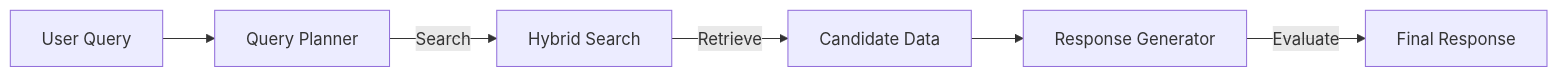
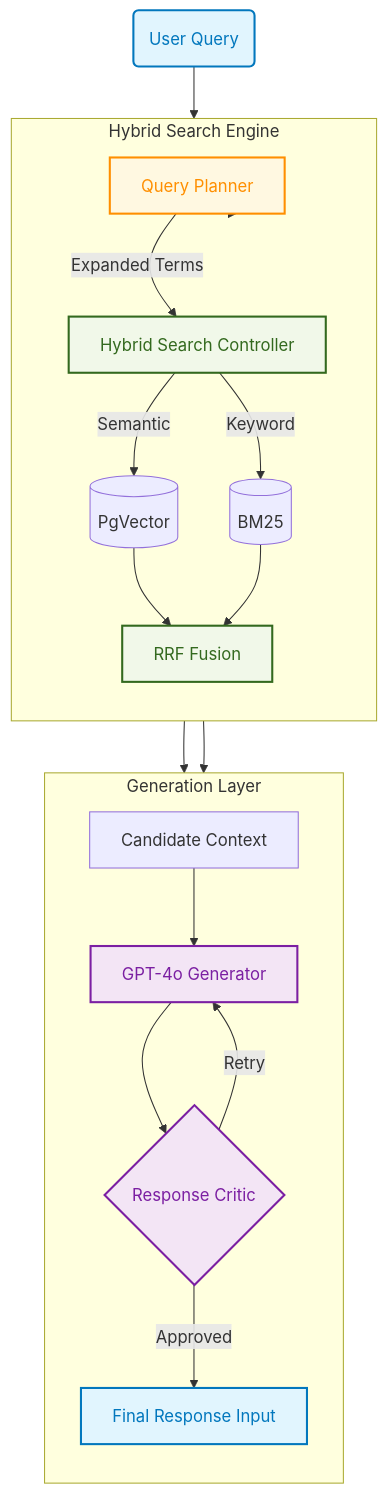
One commit to Thanh25082005/CV_Screen_AI changed the second of 2 diagrams in README.md. Above: the diagram before and after it, drawn with Mermaid. The commit also changed other lines of this file, not shown here.

Commit message:
docs: update README with detailed system architecture diagrams and installation guide

````diff
--- a/README.md
+++ b/README.md
@@ -53,8 +89,30 @@
 ```mermaid
-flowchart LR
-    User[User Query] --> Planner[Query Planner]
-    Planner -->|Search| Hybrid[Hybrid Search]
-    Hybrid -->|Retrieve| Context[Candidate Data]
-    Context --> Critic[Response Generator]
-    Critic -->|Evaluate| Final[Final Response]
+flowchart TD
+    %% Premium Color Palette
+    classDef user fill:#e1f5fe,stroke:#0277bd,stroke-width:2px,color:#0277bd;
+    classDef logic fill:#fff8e1,stroke:#ff8f00,stroke-width:2px,color:#ff8f00;
+    classDef search fill:#f1f8e9,stroke:#33691e,stroke-width:2px,color:#33691e;
+    classDef gen fill:#f3e5f5,stroke:#7b1fa2,stroke-width:2px,color:#7b1fa2;
+
+    User(User Query):::user --> Planner[Query Planner]:::logic
+    
+    subgraph Search_Engine [Hybrid Search Engine]
+        direction TB
+        Planner -->|Expanded Terms| V[Hybrid Search Controller]:::search
+        V -->|Semantic| VS[(PgVector)]
+        V -->|Keyword| KS[(BM25)]
+        VS & KS --> RRF[RRF Fusion]:::search
+    end
+
+    subgraph Generation_Layer [Generation Layer]
+        direction TB
+        RRF --> Context[Candidate Context]
+        Context --> Gen[GPT-4o Generator]:::gen
+        Gen --> Critic{Response Critic}:::gen
+        Critic -->|Retry| Gen
+        Critic -->|Approved| Final[Final Response Input]:::user
+    end
+
+    Planner --> Search_Engine
+    Search_Engine --> Generation_Layer
 ```
````
